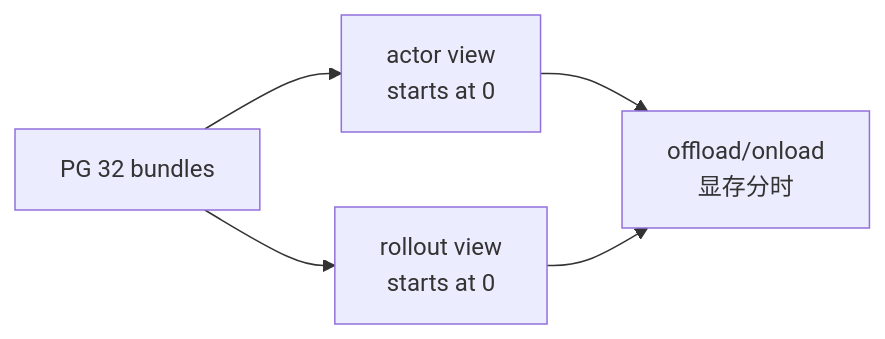
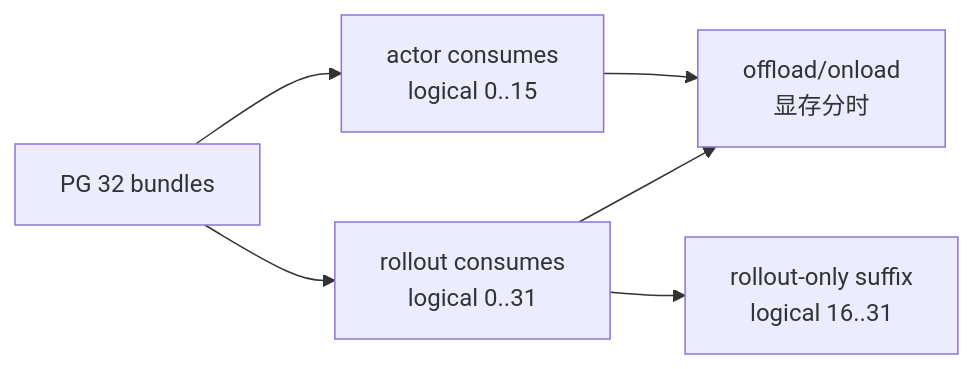
One commit to OnlyHero5/sglang-reading-vault changed the second of 3 diagrams in slime_reading/Ray编排/PlacementGroup/Slime-PlacementGroup-学习检查.md. Above: the diagram before and after it, drawn with Mermaid. The commit also changed other lines of this file and 512 other files, not shown here.

````diff
--- a/slime_reading/Ray编排/PlacementGroup/Slime-PlacementGroup-学习检查.md
+++ b/slime_reading/Ray编排/PlacementGroup/Slime-PlacementGroup-学习检查.md
@@ -53,12 +55,14 @@
 ```mermaid
 flowchart LR
     PG["PG 32 bundles"]
-    A["actor view<br/>starts at 0"]
-    R["rollout view<br/>starts at 0"]
+    A["actor consumes<br/>logical 0..15"]
+    R["rollout consumes<br/>logical 0..31"]
+    SUFFIX["rollout-only suffix<br/>logical 16..31"]
     OFF["offload/onload<br/>显存分时"]
 
     PG --> A
     PG --> R
+    R --> SUFFIX
     A --> OFF
     R --> OFF
 ```
````
